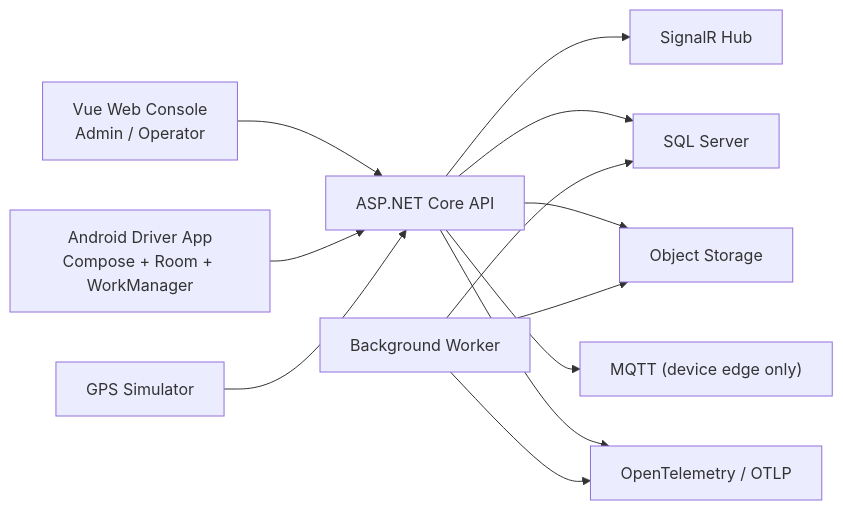
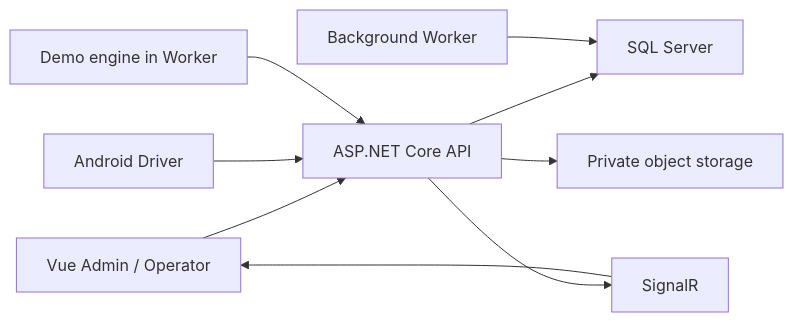
One commit to VirgileDjimgou/Orkystra changed the diagram in README.md. Above: the diagram before and after it, drawn with Mermaid. The commit also changed other lines of this file and 45 other files, not shown here.

Commit message:
docs: rebase roadmap for demo readiness

````diff
--- a/README.md
+++ b/README.md
@@ -178,14 +23,11 @@
 ```mermaid
 flowchart LR
-    Web["Vue Web Console<br/>Admin / Operator"] --> Api["ASP.NET Core API"]
-    Android["Android Driver App<br/>Compose + Room + WorkManager"] --> Api
-    Simulator["GPS Simulator"] --> Api
-    Api --> SignalR["SignalR Hub"]
-    Api --> Db["SQL Server"]
-    Api --> ObjectStore["Object Storage"]
-    Api --> Mqtt["MQTT (device edge only)"]
-    Worker["Background Worker"] --> Db
-    Worker --> ObjectStore
-    Api --> OTel["OpenTelemetry / OTLP"]
-    Worker --> OTel
+  Web[Vue Admin / Operator] --> API[ASP.NET Core API]
+  Android[Android Driver] --> API
+  Demo[Demo engine in Worker] --> API
+  API --> SQL[SQL Server]
+  API --> Realtime[SignalR]
+  API --> Media[Private object storage]
+  Worker[Background Worker] --> SQL
+  Realtime --> Web
 ```
````
